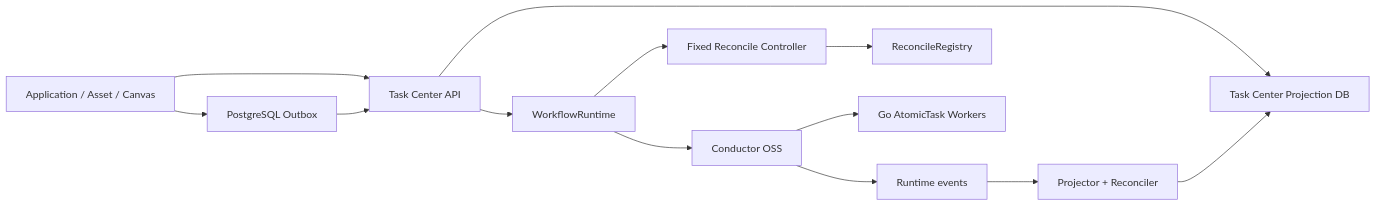
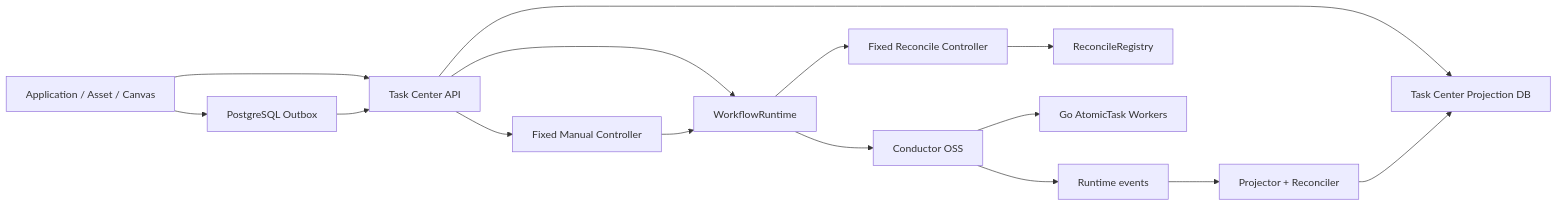
The diagram in 02_architecture/domains/task-center.md (wangweihong/omnimam-spec), drawn with Mermaid before and after one commit. The commit also changed other lines of this file and 8 other files, not shown here.

````diff
--- a/02_architecture/domains/task-center.md
+++ b/02_architecture/domains/task-center.md
@@ -7,15 +7,17 @@
 ```mermaid
 flowchart LR
   Producers["Application / Asset / Canvas"] --> API["Task Center API"]
   Producers --> Outbox["PostgreSQL Outbox"]
   Outbox --> API
   API --> DB["Task Center Projection DB"]
   API --> Runtime["WorkflowRuntime"]
+  API --> Manual["Fixed Manual Controller"]
+  Manual --> Runtime
   Runtime --> Reconcile["Fixed Reconcile Controller"]
   Reconcile --> Registry["ReconcileRegistry"]
   Runtime --> Conductor["Conductor OSS"]
   Conductor --> Workers["Go AtomicTask Workers"]
   Conductor --> Events["Runtime events"]
   Events --> Projector["Projector + Reconciler"]
   Projector --> DB
 ```
````
